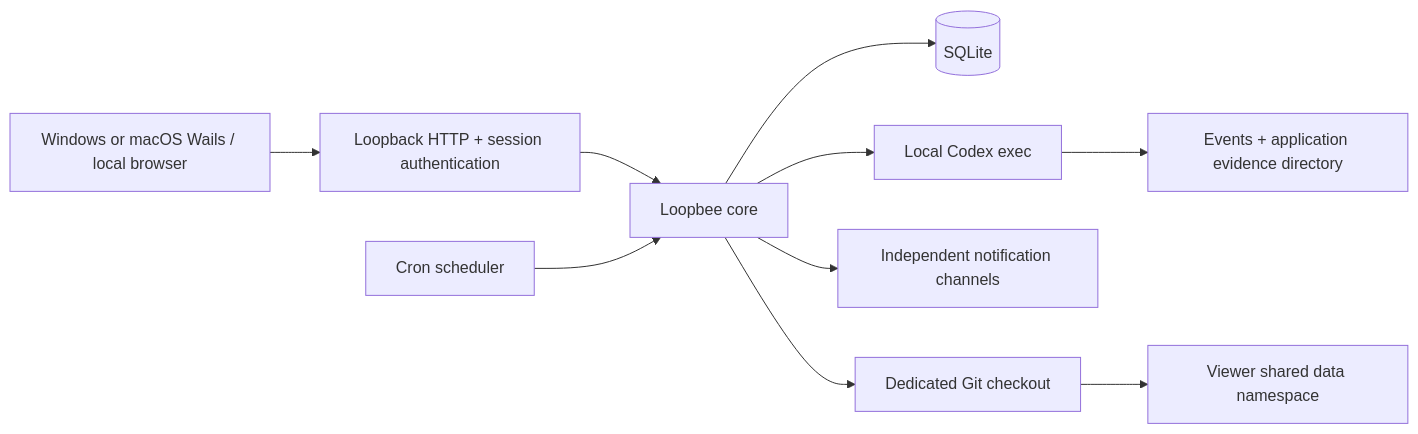
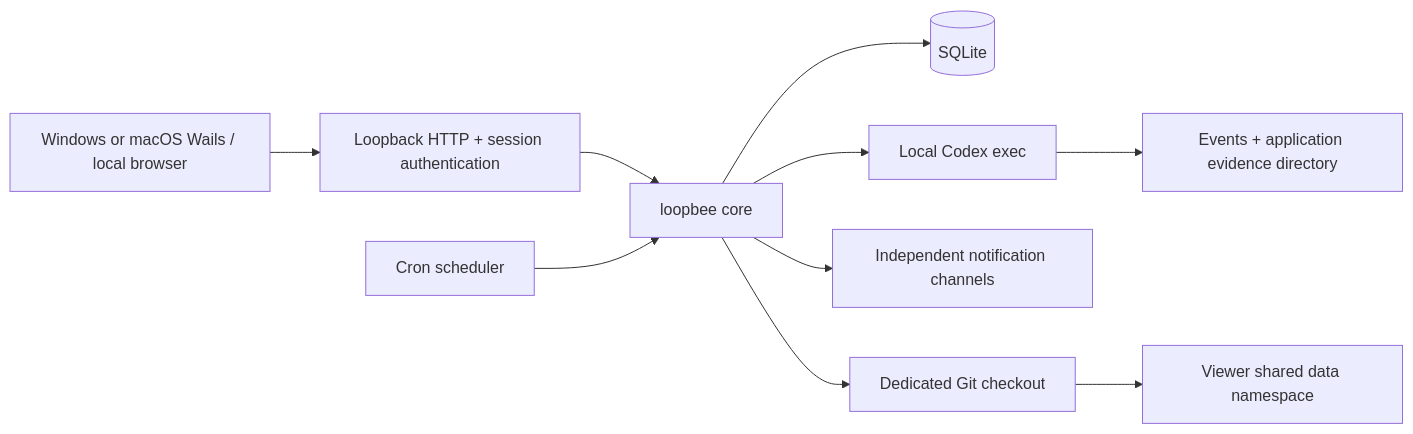
One commit to TANAGELEEE/loopbee changed the diagram in docs/architecture.md. Above: the diagram before and after it, drawn with Mermaid. The commit also changed 103 other files, not shown here.

````diff
--- a/docs/architecture.md
+++ b/docs/architecture.md
@@ -5,12 +5,12 @@
 ```mermaid
 flowchart LR
   W[Windows or macOS Wails / local browser] --> H[Loopback HTTP + session authentication]
-  H --> C[Loopbee core]
+  H --> C[loopbee core]
   S[Cron scheduler] --> C
   C --> D[(SQLite)]
   C --> A[Local Codex exec]
   A --> E[Events + application evidence directory]
   C --> N[Independent notification channels]
   C --> G[Dedicated Git checkout]
   G --> V[Viewer shared data namespace]
 ```
````
